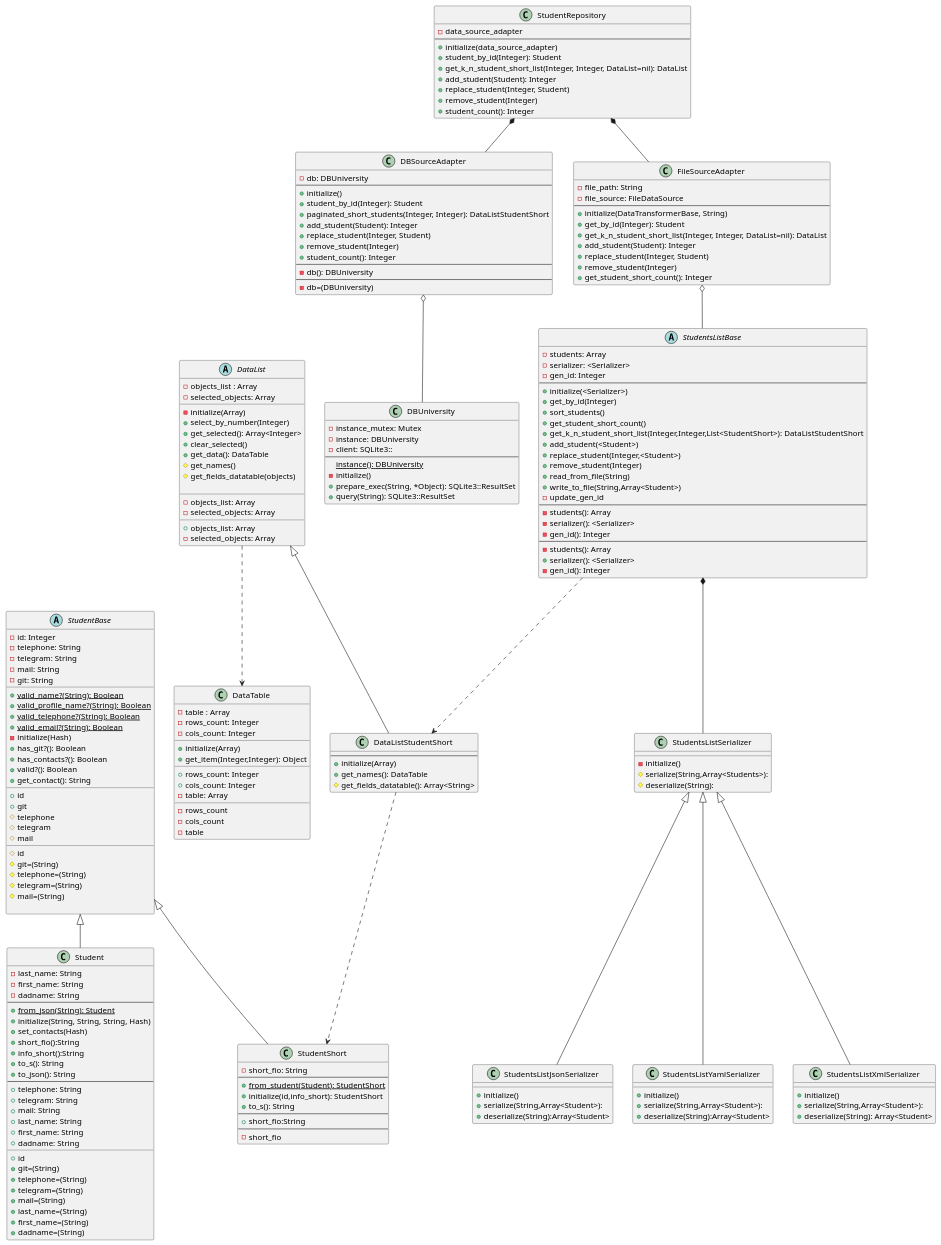
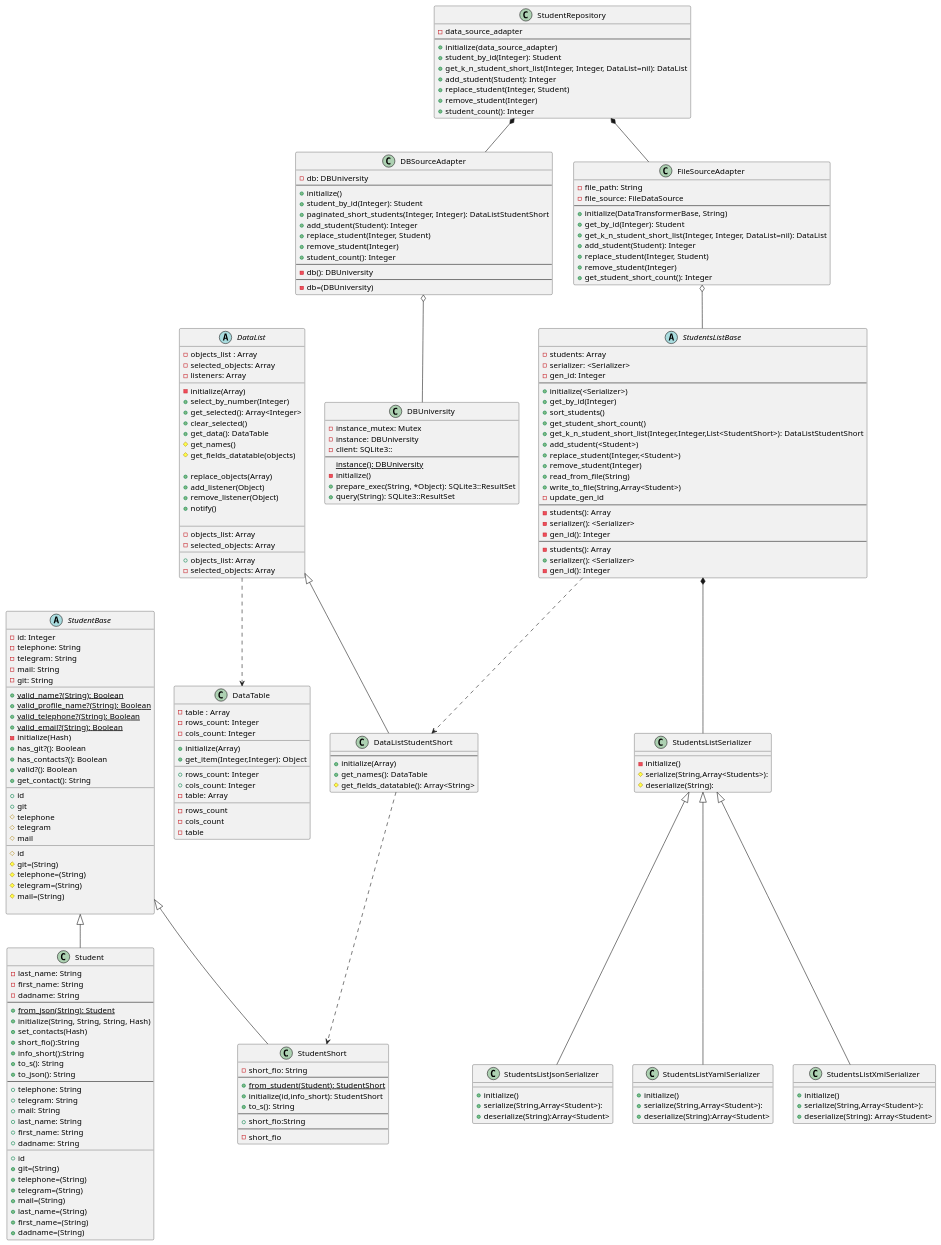
Before and after one commit to KREEAL/RubyLabs: the diagram in LR2/diagram/Class/StudentClassDiagram.puml, drawn with PlantUML. The commit also changed 4 other files, not shown here.

Commit message:
ДИАГРАММЫДИАГРАММЫДИАГРАММЫДИАГРАММЫДИАГРАММЫДИАГРАММЫДИАГРАММЫДИАГРАММЫДИАГРАММЫДИАГРАММЫДИАГРАММЫДИАГРАММЫДИАГРАММЫДИАГРАММЫДИАГРАММЫ

```diff
--- a/LR2/diagram/Class/StudentClassDiagram.puml
+++ b/LR2/diagram/Class/StudentClassDiagram.puml
@@ -90,6 +90,7 @@
 abstract class DataList{
     -objects_list : Array
     -selected_objects: Array
+    -listeners: Array
     __
     -initialize(Array)
     +select_by_number(Integer)
@@ -98,6 +99,11 @@
     +get_data(): DataTable
     #get_names()
     #get_fields_datatable(objects)
+
+    +replace_objects(Array)
+    +add_listener(Object)
+    +remove_listener(Object)
+    +notify()
 
     __
     -objects_list: Array
```
